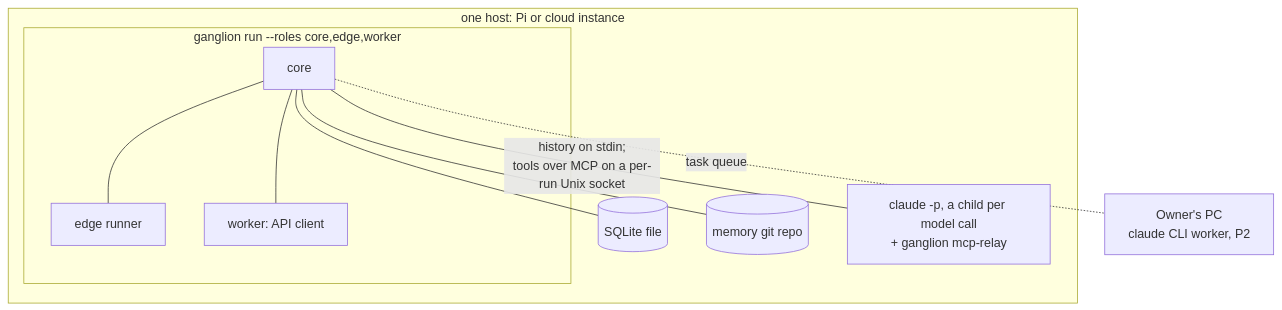
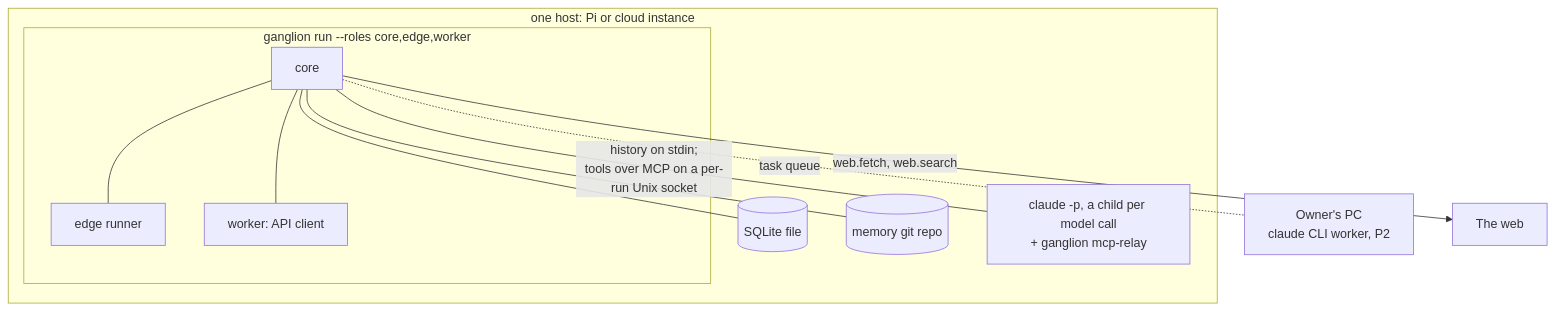
The second of 3 diagrams in docs/architecture/02-containers.md (igorrius/ganglion), drawn with Mermaid before and after one commit. The commit also changed other lines of this file and 3 other files, not shown here.

````diff
--- a/docs/architecture/02-containers.md
+++ b/docs/architecture/02-containers.md
@@ -67,20 +70,22 @@
 ```mermaid
 flowchart TB
     subgraph host["one host: Pi or cloud instance"]
         subgraph proc["ganglion run --roles core,edge,worker"]
             c["core"]
             e["edge runner"]
             w["worker: API client"]
         end
         db[("SQLite file")]
         repo[("memory git repo")]
         cl["claude -p, a child per model call<br/>+ ganglion mcp-relay"]
     end
     pc["Owner's PC<br/>claude CLI worker, P2"]
+    net["The web"]
     c --- e
     c --- w
     c --- db
     c --- repo
     c -- "history on stdin;<br/>tools over MCP on a per-run Unix socket" --- cl
+    c -- "web.fetch, web.search" --> net
     c -. "task queue" .- pc
 ```
````
